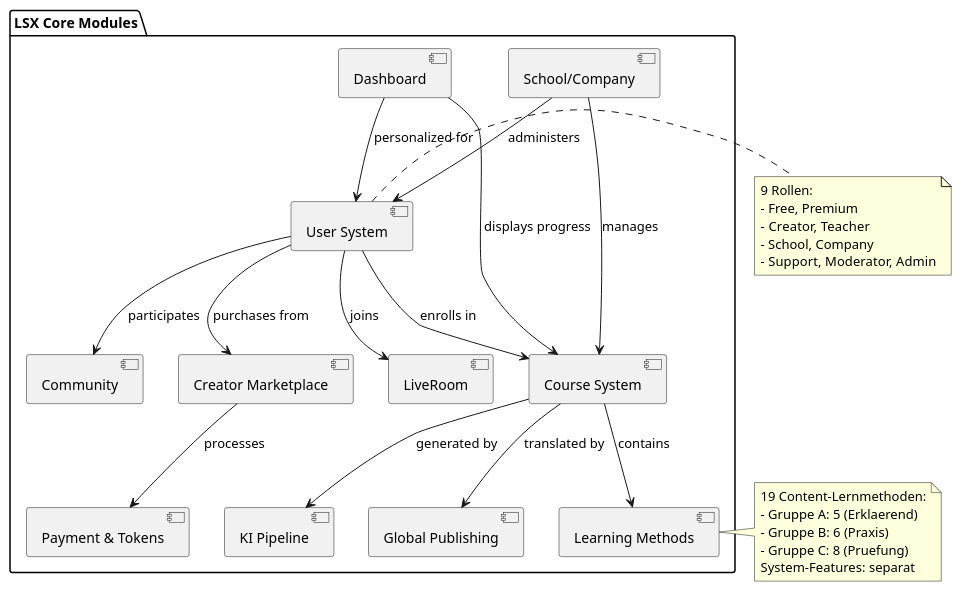
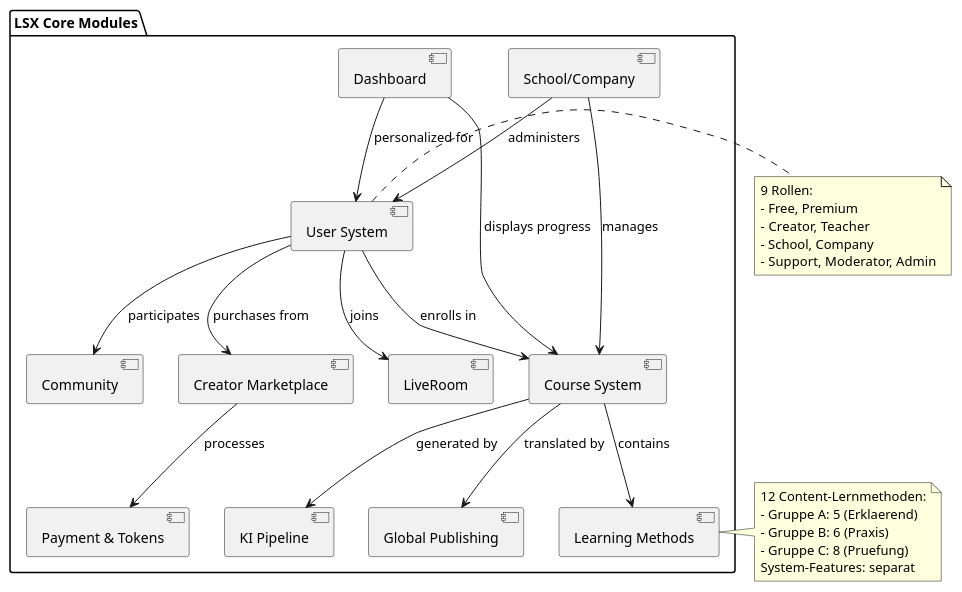
One commit to flokflok1/lernseite changed the fifth of 13 diagrams in LernsystemX-Doku/01_Core/00_System-Übersicht.md. Above: the diagram before and after it, drawn with PlantUML. The commit also changed other lines of this file and 1490 other files, not shown here.

````diff
--- a/LernsystemX-Doku/01_Core/00_System-Übersicht.md
+++ b/LernsystemX-Doku/01_Core/00_System-Übersicht.md
@@ -208,51 +208,51 @@
 ```plantuml
 @startuml
 package "LSX Core Modules" {
   [User System] as user
   [Course System] as course
   [Learning Methods] as methods
   [KI Pipeline] as ki
   [Community] as community
   [Creator Marketplace] as marketplace
   [School/Company] as org
   [Dashboard] as dashboard
   [LiveRoom] as liveroom
   [Global Publishing] as translation
   [Payment & Tokens] as payment
 }
 
 user --> course : "enrolls in"
 user --> community : "participates"
 user --> marketplace : "purchases from"
 user --> liveroom : "joins"
 
 course --> methods : "contains"
 course --> ki : "generated by"
 course --> translation : "translated by"
 
 org --> course : "manages"
 org --> user : "administers"
 
 dashboard --> user : "personalized for"
 dashboard --> course : "displays progress"
 
 marketplace --> payment : "processes"
 
 note right of user
   9 Rollen:
   - Free, Premium
   - Creator, Teacher
   - School, Company
   - Support, Moderator, Admin
 end note
 
 note right of methods
-  19 Content-Lernmethoden:
+  12 Content-Lernmethoden:
   - Gruppe A: 5 (Erklaerend)
   - Gruppe B: 6 (Praxis)
   - Gruppe C: 8 (Pruefung)
   System-Features: separat
 end note
 
 @enduml
 ```
````
